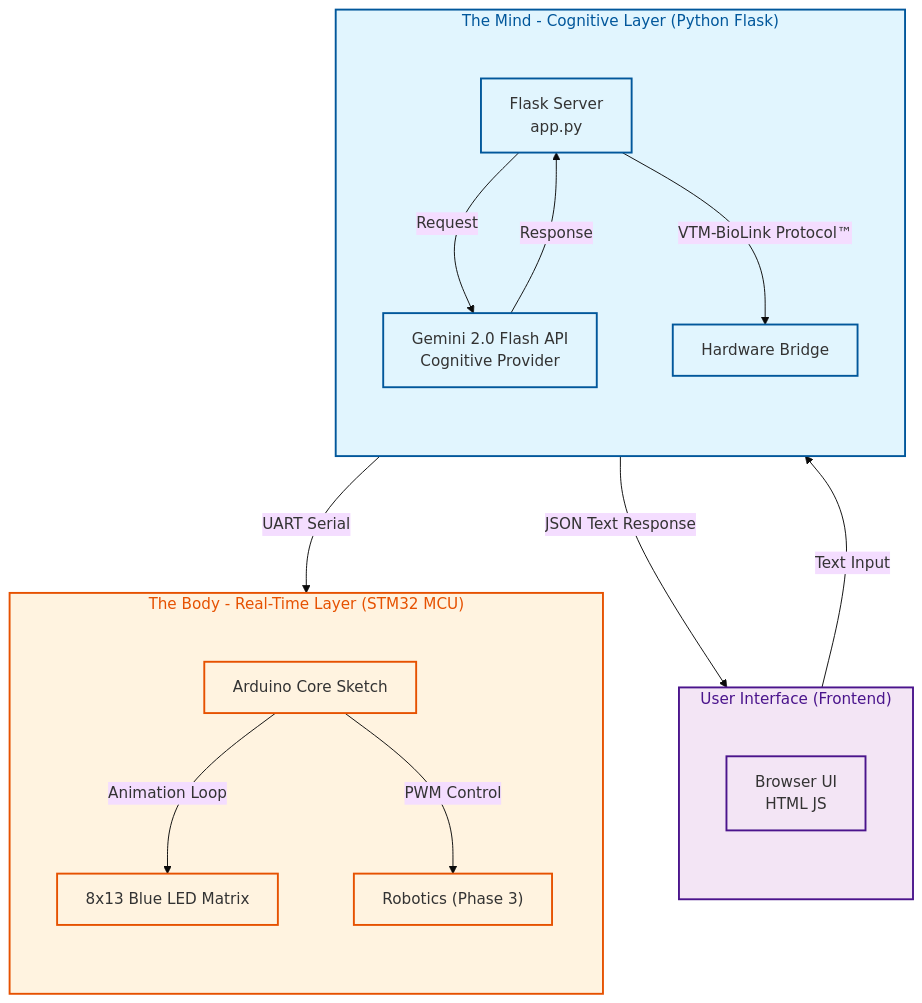
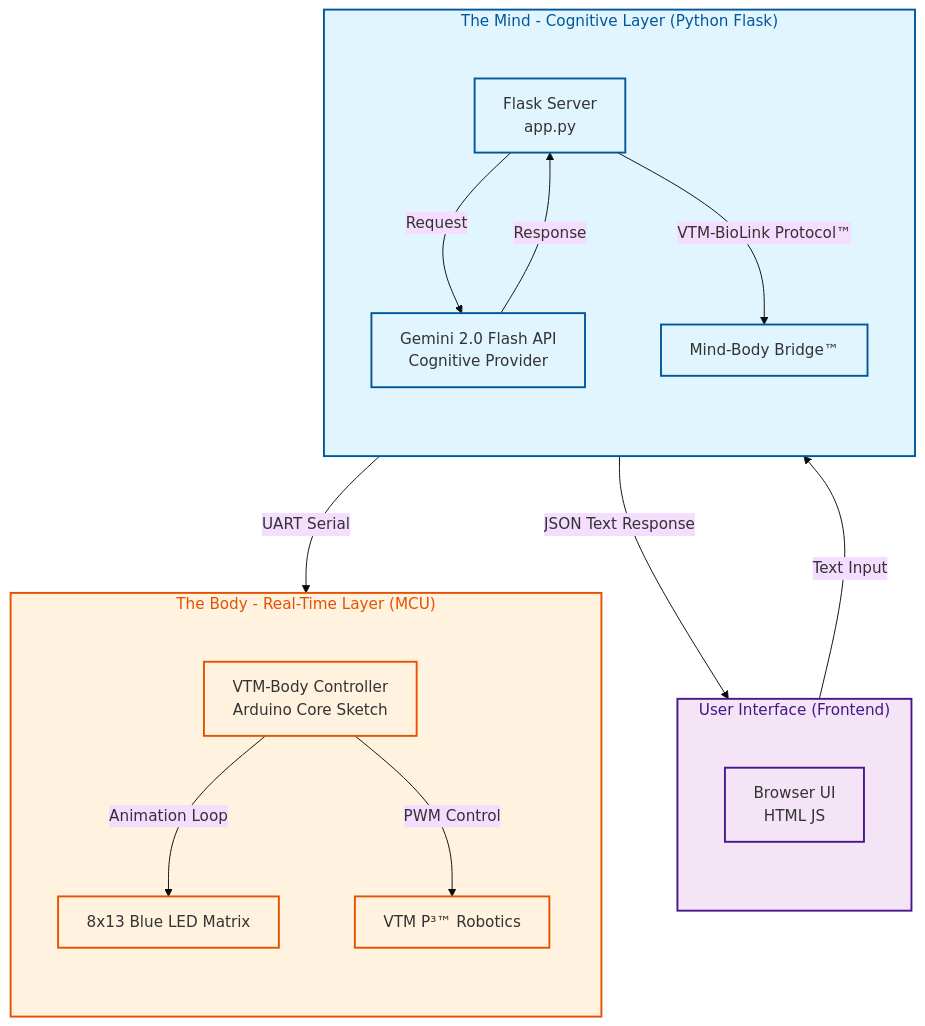
One commit to VideotronicMaker/VideotronicMaker-OS changed the diagram in docs/Arduino_Uno_Q/architecture.md. Above: the diagram before and after it, drawn with Mermaid (base theme). The commit also changed other lines of this file, not shown here.

First line of the commit message:
Docs: Finalize Technical Abstract for Mind-Body Bridge™ architecture

````diff
--- a/docs/Arduino_Uno_Q/architecture.md
+++ b/docs/Arduino_Uno_Q/architecture.md
@@ -10,44 +9,44 @@
 ```mermaid
 %%{init: {'flowchart': {'rankSpacing': 120, 'nodeSpacing': 80}}}%%
 flowchart TD
     %% Subgraph for the User Interface
     subgraph Face ["User Interface (Frontend)"]
         direction TB
         UI["Browser UI<br/>HTML JS"] 
     end
 
     %% Subgraph for the Cognitive Processor
     subgraph Mind ["The Mind - Cognitive Layer (Python Flask)"]
         direction TB
         Flask["Flask Server<br/>app.py"]
         
         UI -->|Text Input| Flask
         Flask -->|JSON Text Response| UI
         
         Flask -->|Request| LLM["Gemini 2.0 Flash API<br/>Cognitive Provider"]
         LLM -->|Response| Flask
         
-        Flask -->|VTM-BioLink Protocol™| Bridge["Hardware Bridge"]
+        Flask -->|VTM-BioLink Protocol™| Bridge["Mind-Body Bridge™"]
     end
 
-    %% Subgraph for the Real-Time Controller
-    subgraph Body ["The Body - Real-Time Layer (STM32 MCU)"]
+    %% Subgraph for the Real-Time Layer
+    subgraph Body ["The Body - Real-Time Layer (MCU)"]
         direction TB
-        Bridge -->|UART Serial| MCU["Arduino Core Sketch"]
+        Bridge -->|UART Serial| MCU["VTM-Body Controller<br/>Arduino Core Sketch"]
         MCU -->|Animation Loop| Matrix["8x13 Blue LED Matrix"]
-        MCU -->|PWM Control| Servos["Robotics (Phase 3)"]
+        MCU -->|PWM Control| Servos["VTM P³™ Robotics"]
     end
 
     %% Styling
     classDef mind fill:#e1f5fe,stroke:#01579b,stroke-width:2px;
     classDef body fill:#fff3e0,stroke:#e65100,stroke-width:2px;
     classDef ui fill:#f3e5f5,stroke:#4a148c,stroke-width:2px;
 
     class Flask,LLM,Bridge mind;
     class MCU,Matrix,Servos body;
     class UI,Face ui;
     
     style Mind fill:#e1f5fe,stroke:#01579b,stroke-width:2px,color:#01579b
     style Body fill:#fff3e0,stroke:#e65100,stroke-width:2px,color:#e65100
     style Face fill:#f3e5f5,stroke:#4a148c,stroke-width:2px,color:#4a148c
 ```
````
